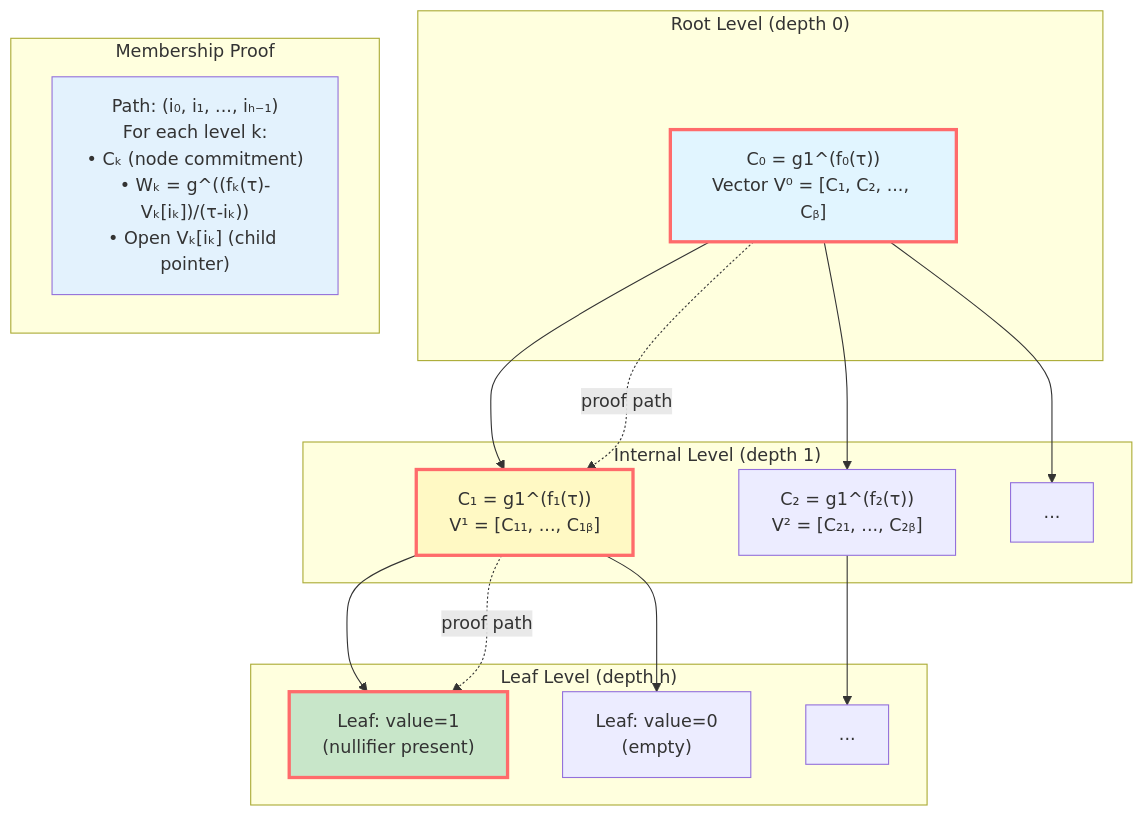
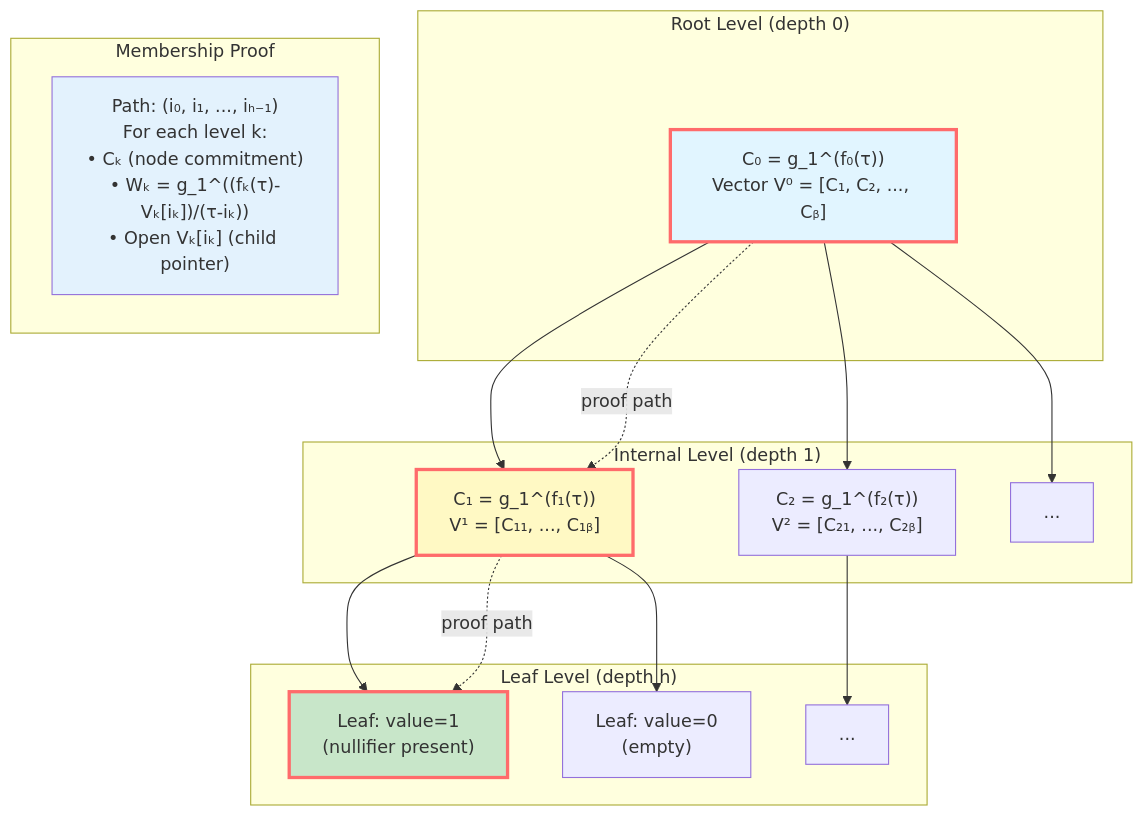
One commit to jordan-public/cryptographic-accumulators-nullifiers changed the fourth of 8 diagrams in README.md. Above: the diagram before and after it, drawn with Mermaid. The commit also changed other lines of this file, not shown here.

````diff
--- a/README.md
+++ b/README.md
@@ -434,40 +434,40 @@
 ```mermaid
 graph TD
     subgraph Root["Root Level (depth 0)"]
-        R["C₀ = g1^(f₀(τ))<br/>Vector V⁰ = [C₁, C₂, ..., Cᵦ]"]
+        R["C₀ = g_1^(f₀(τ))<br/>Vector V⁰ = [C₁, C₂, ..., Cᵦ]"]
     end
     
     subgraph Level1["Internal Level (depth 1)"]
-        C1["C₁ = g1^(f₁(τ))<br/>V¹ = [C₁₁, ..., C₁ᵦ]"]
-        C2["C₂ = g1^(f₂(τ))<br/>V² = [C₂₁, ..., C₂ᵦ]"]
+        C1["C₁ = g_1^(f₁(τ))<br/>V¹ = [C₁₁, ..., C₁ᵦ]"]
+        C2["C₂ = g_1^(f₂(τ))<br/>V² = [C₂₁, ..., C₂ᵦ]"]
         Cdots["..."]
     end
     
     subgraph Leaves["Leaf Level (depth h)"]
         L1["Leaf: value=1<br/>(nullifier present)"]
         L2["Leaf: value=0<br/>(empty)"]
         L3["..."]
     end
     
     subgraph Proof["Membership Proof"]
-        P["Path: (i₀, i₁, ..., iₕ₋₁)<br/>For each level k:<br/>• Cₖ (node commitment)<br/>• Wₖ = g^((fₖ(τ)-Vₖ[iₖ])/(τ-iₖ))<br/>• Open Vₖ[iₖ] (child pointer)"]
+        P["Path: (i₀, i₁, ..., iₕ₋₁)<br/>For each level k:<br/>• Cₖ (node commitment)<br/>• Wₖ = g_1^((fₖ(τ)-Vₖ[iₖ])/(τ-iₖ))<br/>• Open Vₖ[iₖ] (child pointer)"]
     end
     
     R --> C1
     R --> C2
     R --> Cdots
     C1 --> L1
     C1 --> L2
     C2 --> L3
     
     R -.proof path.-> C1
     C1 -.proof path.-> L1
     
     style R fill:#e1f5ff
     style C1 fill:#fff9c4
     style L1 fill:#c8e6c9
     style P fill:#e3f2fd
     
     classDef proofPath stroke:#ff6b6b,stroke-width:3px
     class R,C1,L1 proofPath
 ```
````
